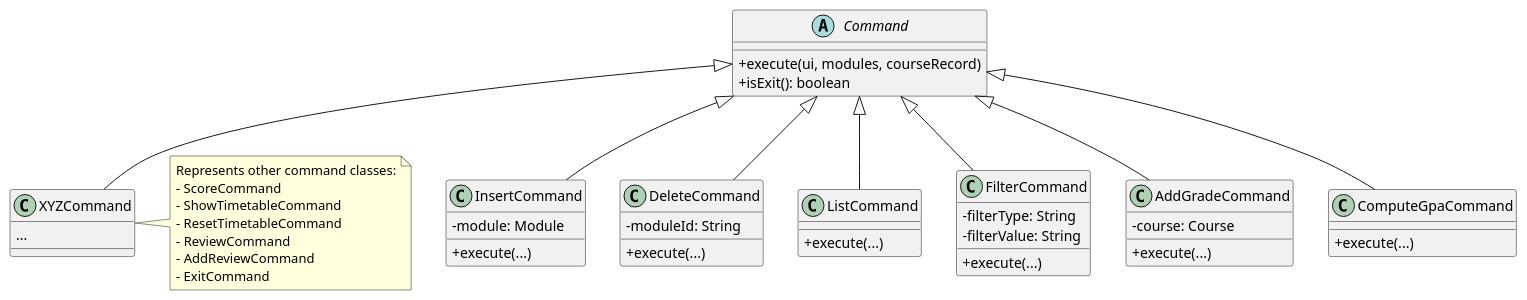
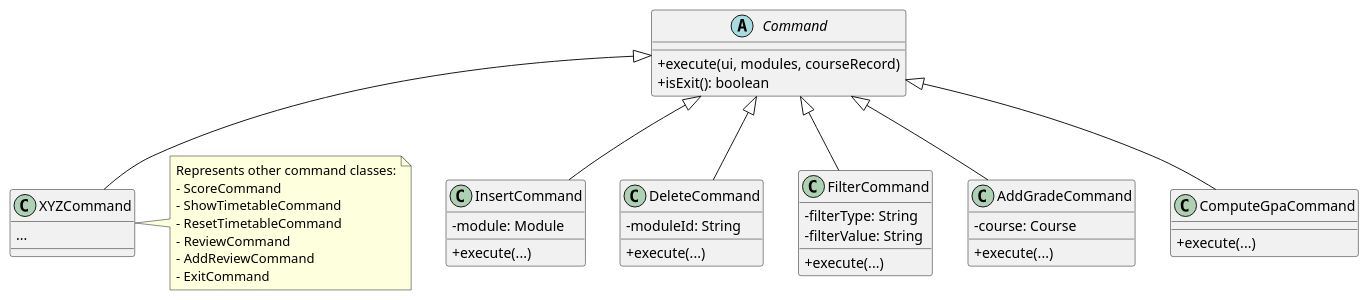
One commit to AY2526S1-CS2113-T10-3/tp changed the diagram in docs/diagrams/CommandClassDiagram.puml. Above: the diagram before and after it, drawn with PlantUML. The commit also changed 3 other files, not shown here.

Commit message:
Remove 'list' command and retain 'show timetable' as the unified display command (#100)

```diff
--- a/docs/diagrams/CommandClassDiagram.puml
+++ b/docs/diagrams/CommandClassDiagram.puml
@@ -1,60 +1,55 @@
 @startuml
 skinparam classAttributeIconSize 0
 
 abstract class Command {
   + execute(ui, modules, courseRecord)
   + isExit(): boolean
 }
 
 class InsertCommand {
   - module: Module
   + execute(...)
 }
 
 class DeleteCommand {
   - moduleId: String
-  + execute(...)
-}
-
-class ListCommand {
   + execute(...)
 }
 
 class FilterCommand {
   - filterType: String
   - filterValue: String
   + execute(...)
 }
 
 class AddGradeCommand {
   - course: Course
   + execute(...)
 }
 
 class ComputeGpaCommand {
   + execute(...)
 }
 
 class XYZCommand {
   ...
 }
 
 Command <|-- InsertCommand
 Command <|-- DeleteCommand
-Command <|-- ListCommand
 Command <|-- FilterCommand
 Command <|-- AddGradeCommand
 Command <|-- ComputeGpaCommand
 Command <|-- XYZCommand
 
 note right of XYZCommand
   Represents other command classes:
   - ScoreCommand
   - ShowTimetableCommand
   - ResetTimetableCommand
   - ReviewCommand
   - AddReviewCommand
   - ExitCommand
 end note
 
 @enduml
```
